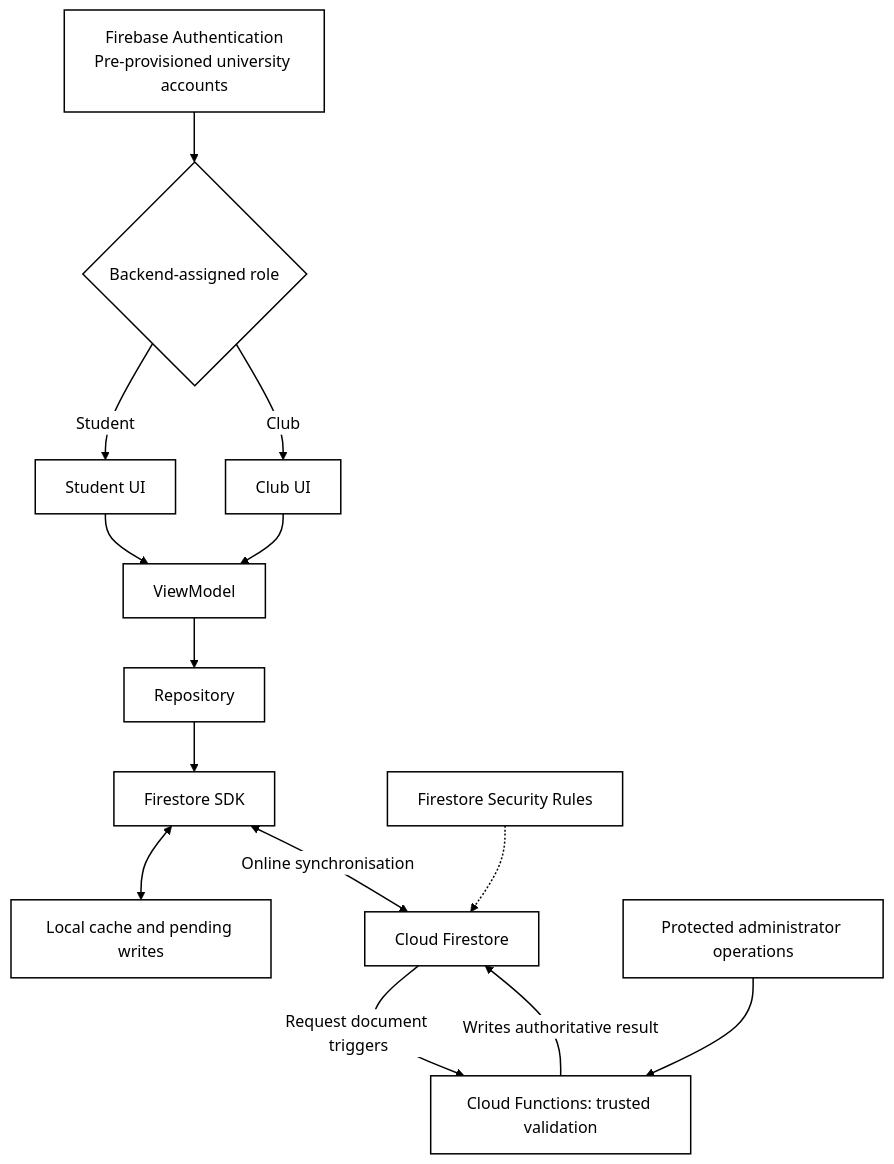
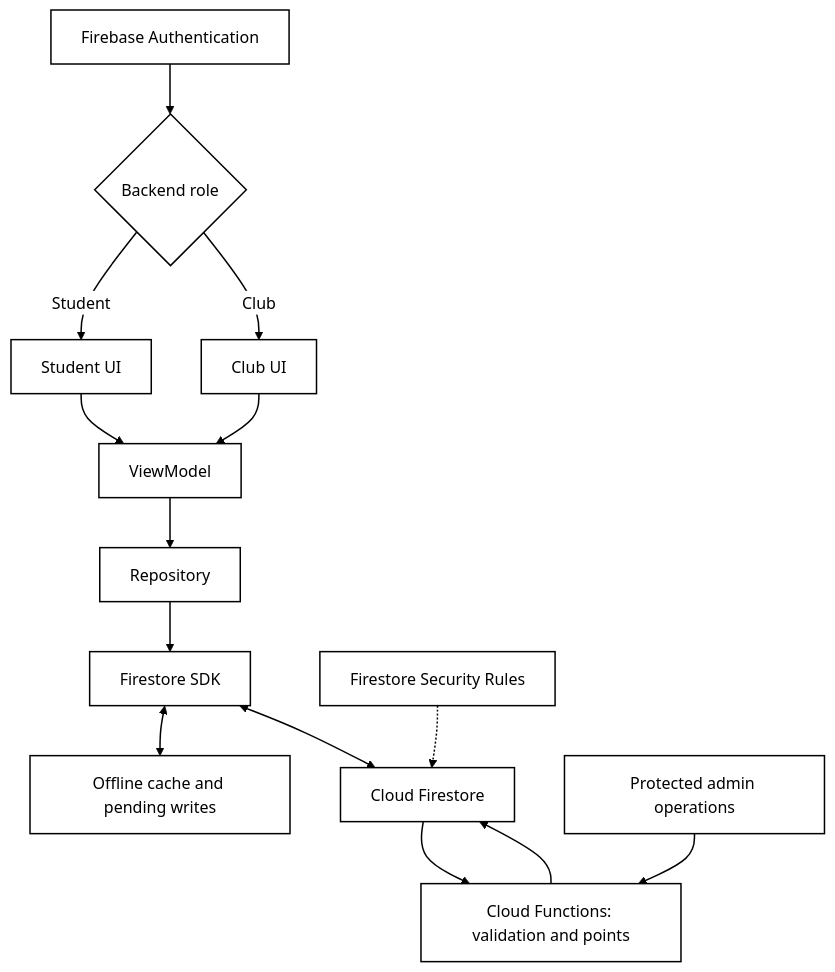
One commit to chuyaoooo/MDP changed the first of 3 diagrams in docs/part1/05-architecture-data.md. Above: the diagram before and after it, drawn with Mermaid. The commit also changed other lines of this file, not shown here.

````diff
--- a/docs/part1/05-architecture-data.md
+++ b/docs/part1/05-architecture-data.md
@@ -13,19 +9,19 @@
 ```mermaid
-%%{init: {"theme":"base","themeVariables":{"background":"#ffffff","primaryColor":"#ffffff","primaryTextColor":"#000000","primaryBorderColor":"#000000","secondaryColor":"#ffffff","tertiaryColor":"#ffffff","lineColor":"#000000","textColor":"#000000","edgeLabelBackground":"#ffffff","mainBkg":"#ffffff","nodeBorder":"#000000","clusterBkg":"#ffffff","clusterBorder":"#000000","labelTextColor":"#000000","labelBoxBkgColor":"#ffffff","labelBoxBorderColor":"#000000"}}}%%
+%%{init: {"theme":"base","themeVariables":{"background":"#ffffff","primaryColor":"#ffffff","primaryTextColor":"#000000","primaryBorderColor":"#000000","secondaryColor":"#ffffff","tertiaryColor":"#ffffff","lineColor":"#000000","textColor":"#000000","edgeLabelBackground":"#ffffff"}}}%%
 flowchart TD
-    AUTH["Firebase Authentication<br/>Pre-provisioned university accounts"] --> ROLE{"Backend-assigned role"}
-    ROLE -->|Student| SUI["Student UI"]
-    ROLE -->|Club| CUI["Club UI"]
-    SUI --> VM["ViewModel"]
-    CUI --> VM
-    VM --> REPO["Repository"]
-    REPO --> SDK["Firestore SDK"]
-    SDK <--> CACHE["Local cache and pending writes"]
-    SDK <-->|Online synchronisation| DB["Cloud Firestore"]
-    DB -->|Request document triggers| FN["Cloud Functions: trusted validation"]
-    FN -->|Writes authoritative result| DB
+    AUTH["Firebase Authentication"] --> ROLE{"Backend role"}
+    ROLE -->|Student| S["Student UI"]
+    ROLE -->|Club| C["Club UI"]
+    S --> VM["ViewModel"]
+    C --> VM
+    VM --> R["Repository"]
+    R --> SDK["Firestore SDK"]
+    SDK <--> LOCAL["Offline cache and pending writes"]
+    SDK <--> DB["Cloud Firestore"]
+    DB --> FN["Cloud Functions: validation and points"]
+    FN --> DB
+    ADMIN["Protected admin operations"] --> FN
     RULES["Firestore Security Rules"] -.-> DB
-    ADMIN["Protected administrator operations"] --> FN
     classDef default fill:#ffffff,stroke:#000000,color:#000000,stroke-width:1.5px;
-    linkStyle default stroke:#000000,color:#000000,stroke-width:1.5px;
+    linkStyle default stroke:#000000,stroke-width:1.5px;
 ```
````
